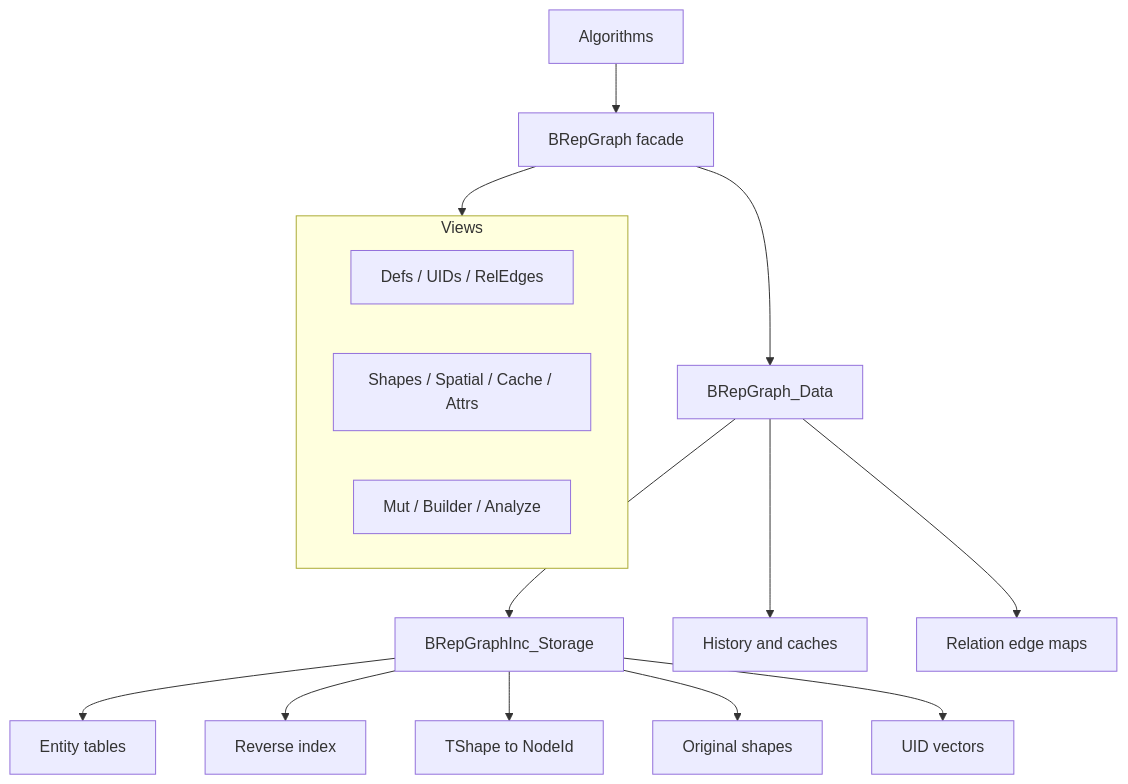
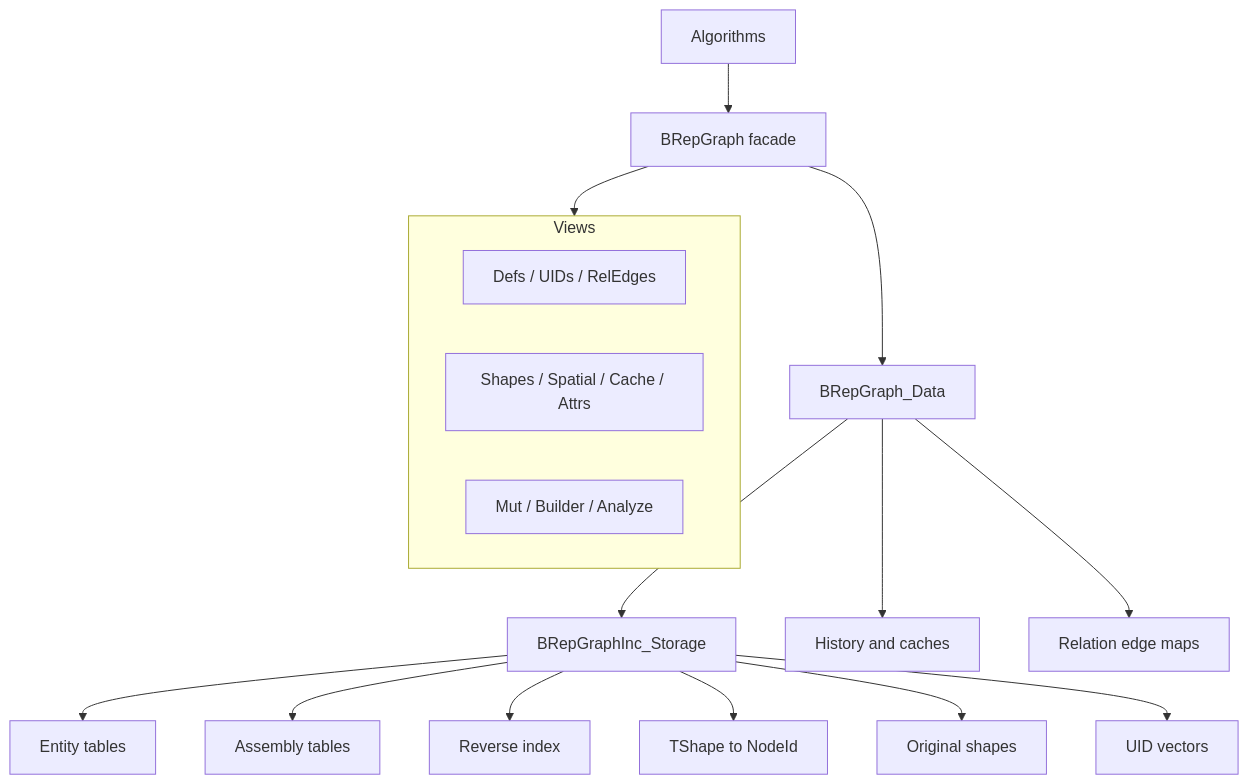
One commit to Open-Cascade-SAS/OCCT changed the first of 4 diagrams in src/ModelingData/TKBRep/BRepGraph/README.md. Above: the diagram before and after it, drawn with Mermaid. The commit also changed other lines of this file and 27 other files, not shown here.

````diff
--- a/src/ModelingData/TKBRep/BRepGraph/README.md
+++ b/src/ModelingData/TKBRep/BRepGraph/README.md
@@ -30,22 +31,23 @@
 ```mermaid
 flowchart TB
   A[Algorithms] --> G[BRepGraph facade]
 
   subgraph Views
     V1[Defs / UIDs / RelEdges]
     V2[Shapes / Spatial / Cache / Attrs]
     V3[Mut / Builder / Analyze]
   end
 
   G --> Views
   G --> D[BRepGraph_Data]
   D --> S[BRepGraphInc_Storage]
   D --> H[History and caches]
   D --> R[Relation edge maps]
 
   S --> E[Entity tables]
+  S --> AS[Assembly tables]
   S --> X[Reverse index]
   S --> T[TShape to NodeId]
   S --> O[Original shapes]
   S --> U[UID vectors]
 ```
````
